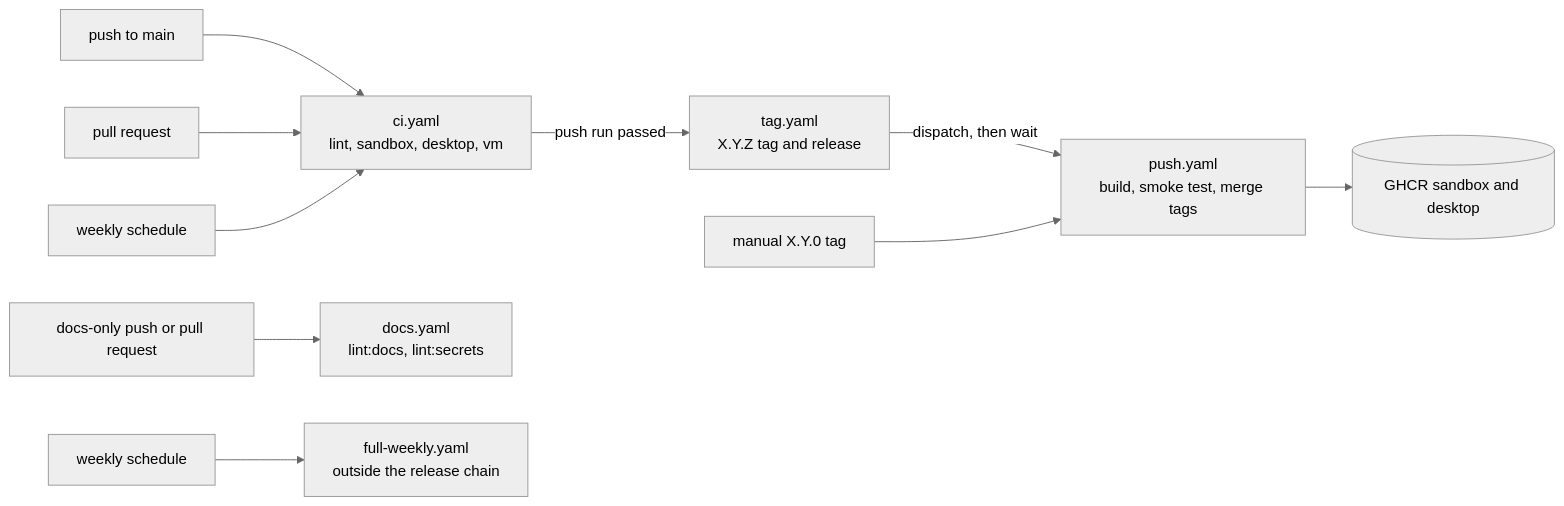
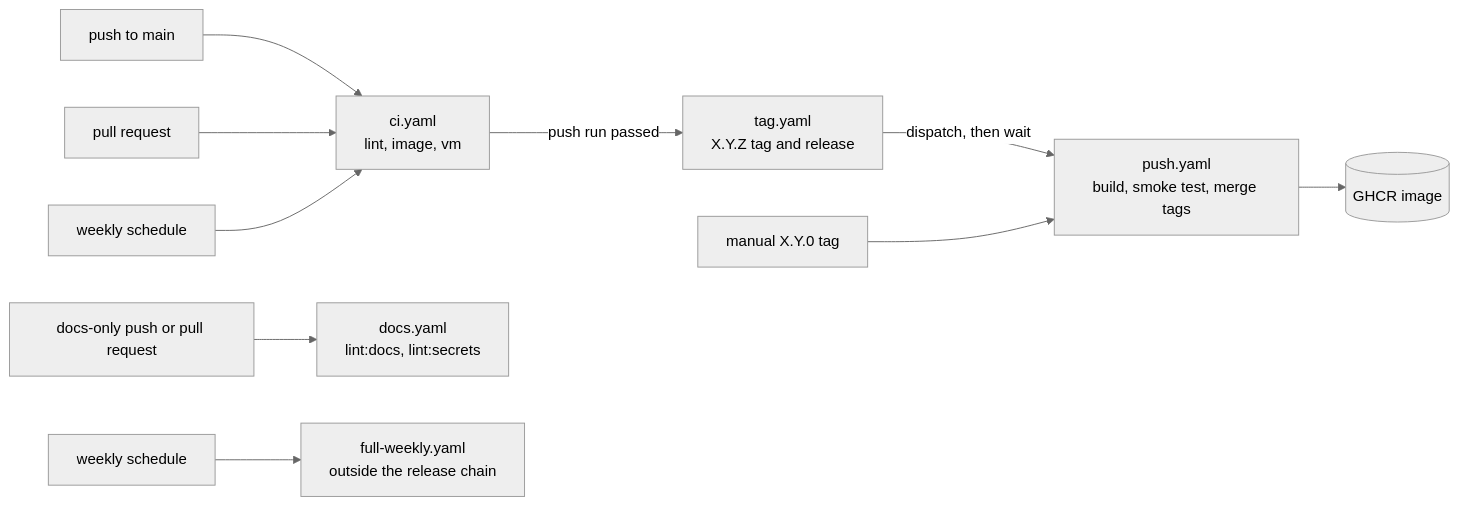
One commit to dayjobdoor/dotfiles changed the diagram in docs/ci.md. Above: the diagram before and after it, drawn with Mermaid (neutral theme). The commit also changed other lines of this file and 10 other files, not shown here.

First line of the commit message:
docs: README starts from Docker, multipass, OrbStack and incus; one desktop, sheldon, roadmap

````diff
--- a/docs/ci.md
+++ b/docs/ci.md
@@ -23,12 +23,12 @@
 ```mermaid
 flowchart LR
     push[push to main] --> ci
     pr[pull request] --> ci
     cron[weekly schedule] --> ci
-    ci["ci.yaml<br>lint, sandbox, desktop, vm"] -->|push run passed| tag["tag.yaml<br>X.Y.Z tag and release"]
+    ci["ci.yaml<br>lint, image, vm"] -->|push run passed| tag["tag.yaml<br>X.Y.Z tag and release"]
     tag -->|dispatch, then wait| pub["push.yaml<br>build, smoke test, merge tags"]
     manual[manual X.Y.0 tag] --> pub
-    pub --> ghcr[(GHCR sandbox and desktop)]
+    pub --> ghcr[(GHCR image)]
     docsonly[docs-only push or pull request] --> docs["docs.yaml<br>lint:docs, lint:secrets"]
     cron2[weekly schedule] --> full["full-weekly.yaml<br>outside the release chain"]
 ```
````
